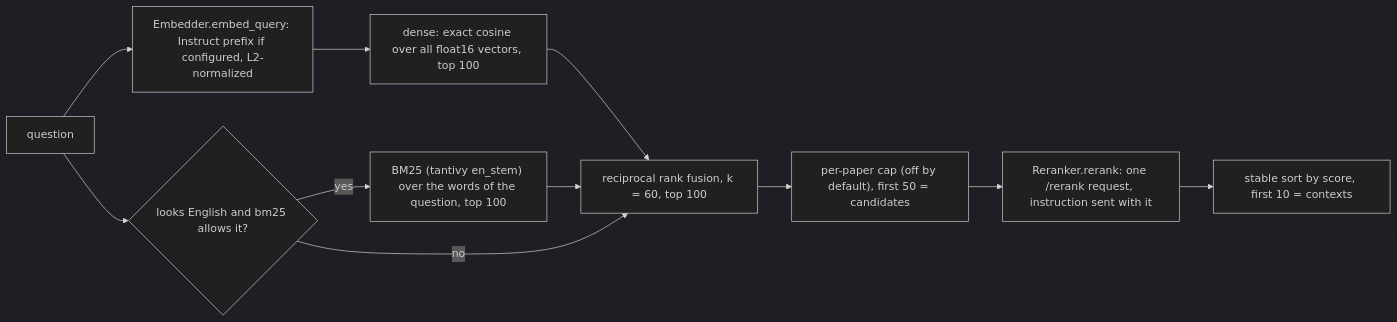
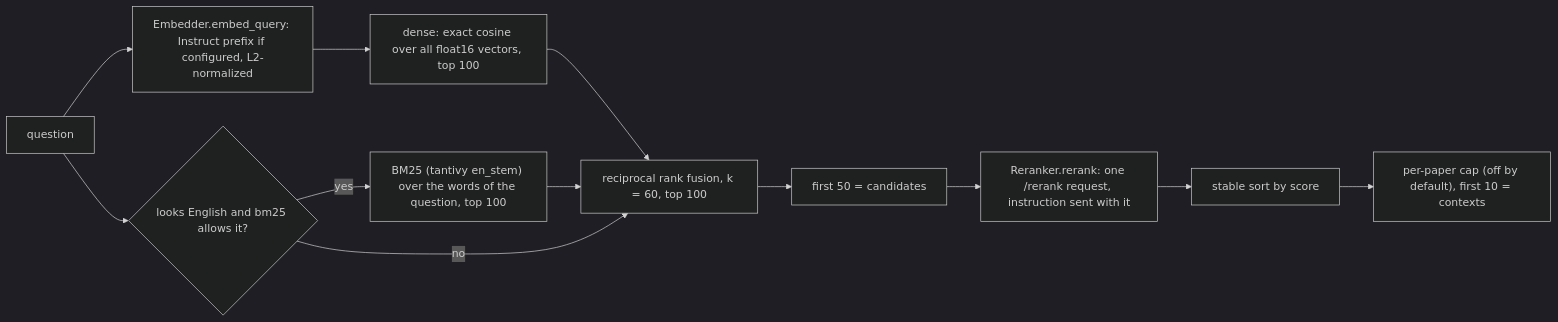
One commit to etxsA/doc-ingest changed the diagram in packages/docingest-index/README.md. Above: the diagram before and after it, drawn with Mermaid (dark theme). The commit also changed other lines of this file and 16 other files, not shown here.

First line of the commit message:
perf(ask): apply the per-paper cap after reranking

````diff
--- a/packages/docingest-index/README.md
+++ b/packages/docingest-index/README.md
@@ -74,13 +74,14 @@
 ```mermaid
 flowchart LR
     Q["question"] --> E["Embedder.embed_query: Instruct prefix if configured, L2-normalized"]
     E --> D["dense: exact cosine over all float16 vectors, top 100"]
     Q --> L{"looks English and bm25 allows it?"}
     L -->|yes| B["BM25 (tantivy en_stem) over the words of the question, top 100"]
     D --> F["reciprocal rank fusion, k = 60, top 100"]
     B --> F
     L -->|no| F
-    F --> C["per-paper cap (off by default), first 50 = candidates"]
+    F --> C["first 50 = candidates"]
     C --> R["Reranker.rerank: one /rerank request, instruction sent with it"]
-    R --> T["stable sort by score, first 10 = contexts"]
+    R --> T["stable sort by score"]
+    T --> P["per-paper cap (off by default), first 10 = contexts"]
 ```
````
